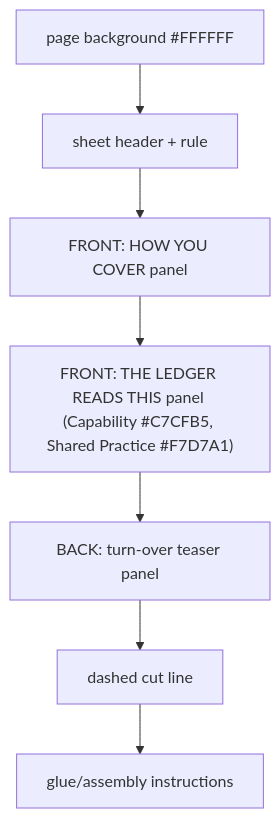
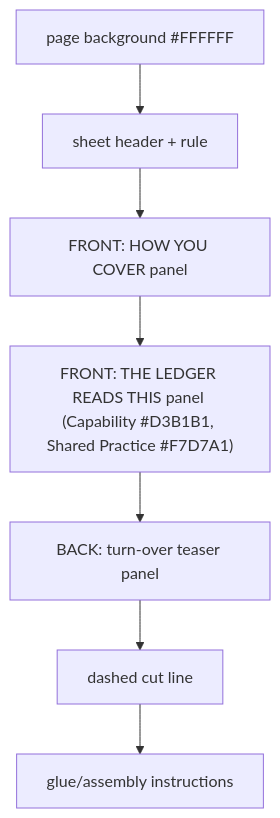
One commit to Hegerstrand/seven-weeks changed the third of 11 diagrams in components/specs/boards.md. Above: the diagram before and after it, drawn with Mermaid. The commit also changed other lines of this file and 61 other files, not shown here.

````diff
--- a/components/specs/boards.md
+++ b/components/specs/boards.md
@@ -233,9 +233,9 @@
 ```mermaid
 graph TD
   A["page background #FFFFFF"] --> B["sheet header + rule"]
   B --> C["FRONT: HOW YOU COVER panel"]
-  C --> D["FRONT: THE LEDGER READS THIS panel (Capability #C7CFB5, Shared Practice #F7D7A1)"]
+  C --> D["FRONT: THE LEDGER READS THIS panel (Capability #D3B1B1, Shared Practice #F7D7A1)"]
   D --> E["BACK: turn-over teaser panel"]
   E --> F["dashed cut line"]
   F --> G["glue/assembly instructions"]
 ```
````
